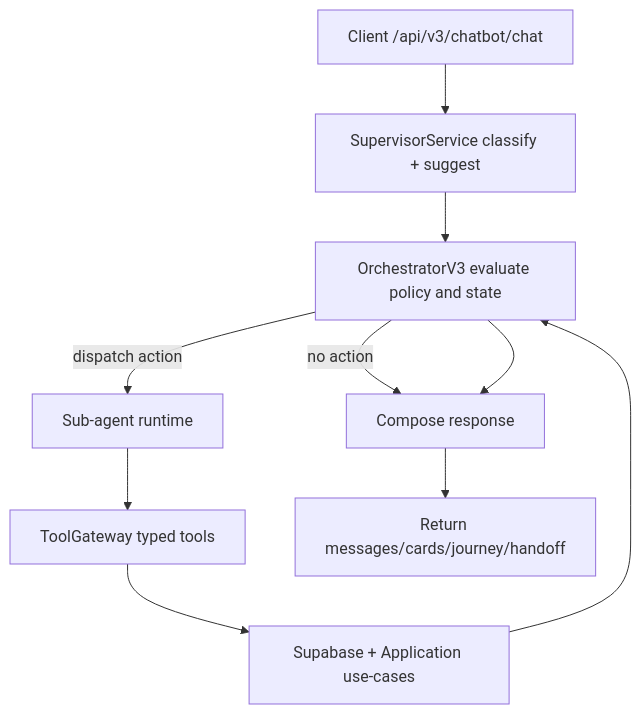
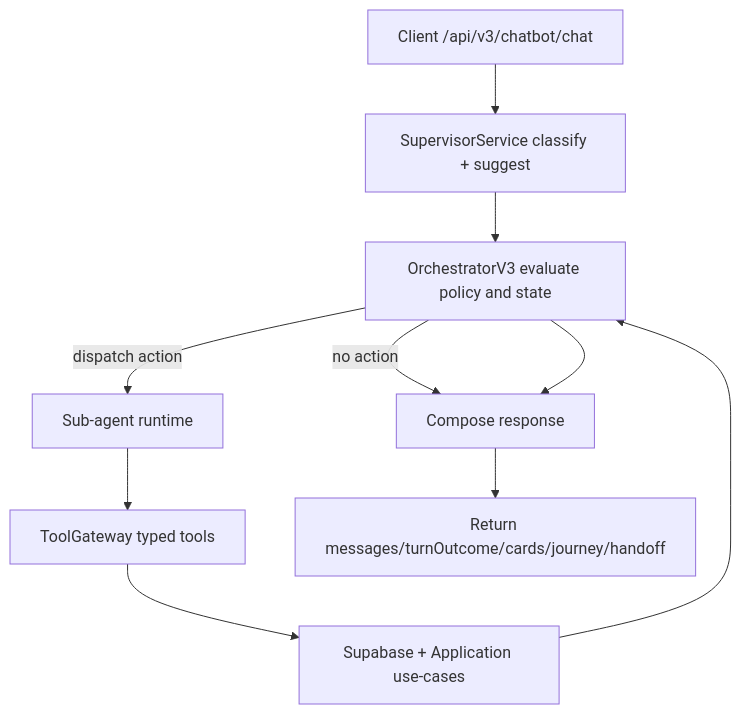
One commit to wahaHub/medical-crm-v2 changed the diagram in docs/superpowers/specs/2026-04-15-chatbot-v3-orchestrator-multi-agent-design.md. Above: the diagram before and after it, drawn with Mermaid. The commit also changed other lines of this file and 14 other files, not shown here.

````diff
--- a/docs/superpowers/specs/2026-04-15-chatbot-v3-orchestrator-multi-agent-design.md
+++ b/docs/superpowers/specs/2026-04-15-chatbot-v3-orchestrator-multi-agent-design.md
@@ -67,12 +69,12 @@
 ```mermaid
 flowchart TD
   A[Client /api/v3/chatbot/chat] --> B[SupervisorService classify + suggest]
   B --> C[OrchestratorV3 evaluate policy and state]
   C -->|no action| G[Compose response]
   C -->|dispatch action| D[Sub-agent runtime]
   D --> E[ToolGateway typed tools]
   E --> F[Supabase + Application use-cases]
   F --> C
   C --> G
-  G --> H[Return messages/cards/journey/handoff]
+  G --> H[Return messages/turnOutcome/cards/journey/handoff]
 ```
````
